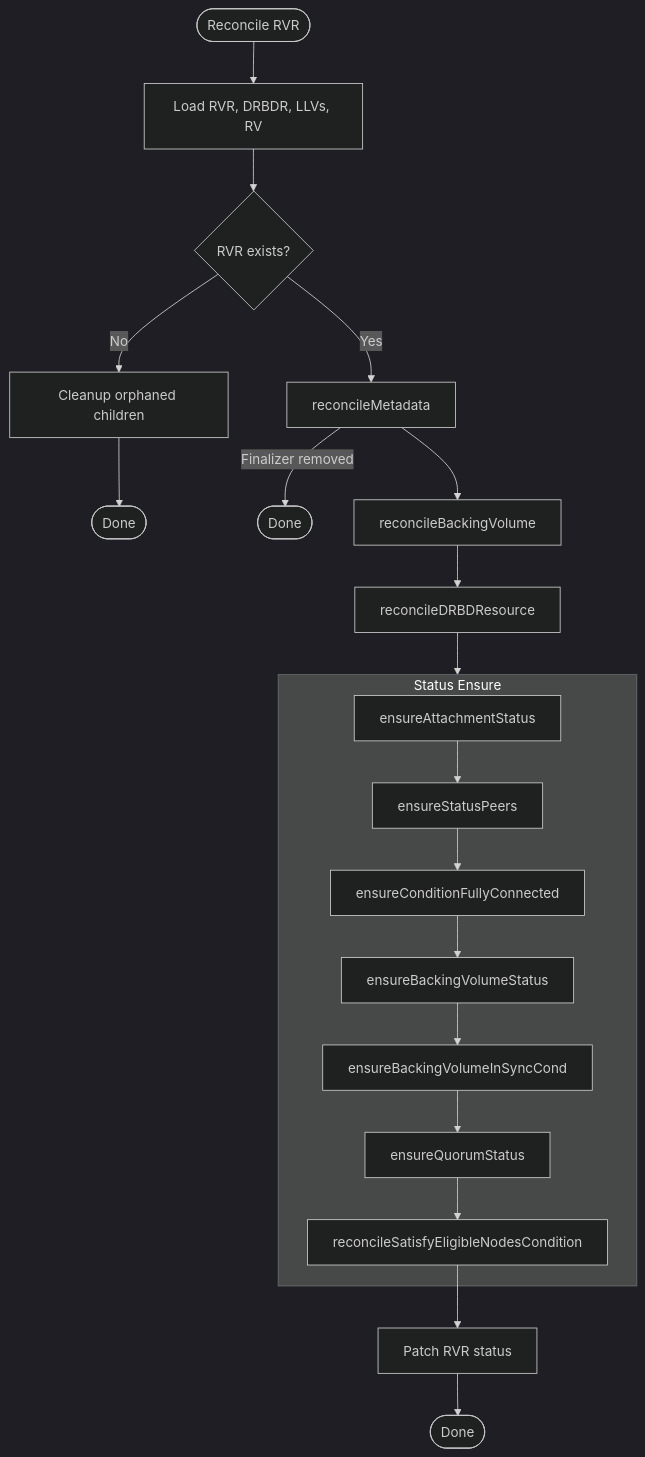
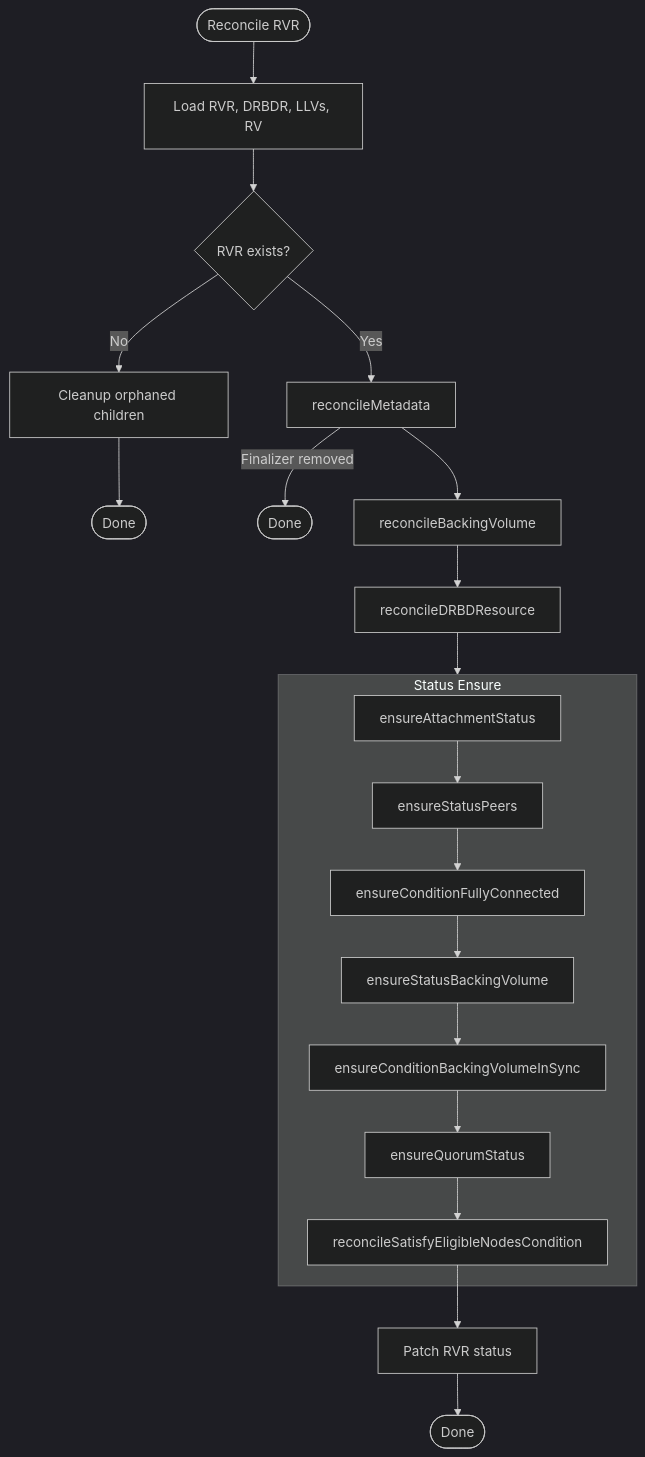
The first of 11 diagrams in images/controller/internal/controllers/rvr_controller/README.md (deckhouse/sds-replicated-volume), drawn with Mermaid (dark theme) before and after one commit. The commit also changed other lines of this file and 2 other files, not shown here.

First line of the commit message:
[controller/rvr] Rename ensure* helpers for naming consistency

````diff
--- a/images/controller/internal/controllers/rvr_controller/README.md
+++ b/images/controller/internal/controllers/rvr_controller/README.md
@@ -117,28 +117,28 @@
 ```mermaid
 flowchart TD
     Start([Reconcile RVR]) --> Load[Load RVR, DRBDR, LLVs, RV]
     Load --> CheckExists{RVR exists?}
 
     CheckExists -->|No| Cleanup[Cleanup orphaned children]
     Cleanup --> Done1([Done])
 
     CheckExists -->|Yes| Meta[reconcileMetadata]
     Meta -->|Finalizer removed| Done2([Done])
     Meta --> BV[reconcileBackingVolume]
     BV --> DRBDR[reconcileDRBDResource]
 
     DRBDR --> StatusBlock
 
     subgraph StatusBlock [Status Ensure]
         Attach[ensureAttachmentStatus]
         Attach --> Peers[ensureStatusPeers]
         Peers --> PeersCond[ensureConditionFullyConnected]
-        PeersCond --> BVStatus[ensureBackingVolumeStatus]
-        BVStatus --> BVInSync[ensureBackingVolumeInSyncCond]
+        PeersCond --> BVStatus[ensureStatusBackingVolume]
+        BVStatus --> BVInSync[ensureConditionBackingVolumeInSync]
         BVInSync --> Quorum[ensureQuorumStatus]
         Quorum --> SEN[reconcileSatisfyEligibleNodesCondition]
     end
 
     SEN --> Patch[Patch RVR status]
     Patch --> EndNode([Done])
 ```
````
